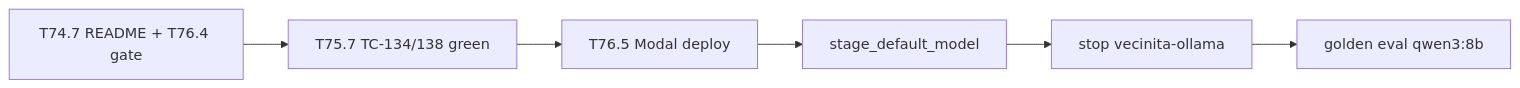
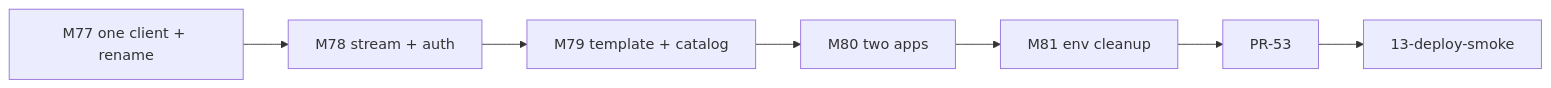
One commit to Math-Data-Justice-Collaborative/vecinita changed the fourth of 4 diagrams in docs/sessions/S010-unify-llm-service/roadmap.md. Above: the diagram before and after it, drawn with Mermaid. The commit also changed other lines of this file and 166 other files, not shown here.

First line of the commit message:
[S010] Eval judge fixes, golden-sweep tooling, and LLM unify follow-on (#144)

````diff
--- a/docs/sessions/S010-unify-llm-service/roadmap.md
+++ b/docs/sessions/S010-unify-llm-service/roadmap.md
@@ -152,11 +125,12 @@
 ```mermaid
 flowchart LR
-  DOCS[T74.7 README + T76.4 gate]
-  VERIFY[T75.7 TC-134/138 green]
-  DEPLOY[T76.5 Modal deploy]
-  STAGE[stage_default_model]
-  DEDEP[stop vecinita-ollama]
-  SMOKE[golden eval qwen3:8b]
+  A[M77 one client + rename]
+  B[M78 stream + auth]
+  C[M79 template + catalog]
+  D[M80 two apps]
+  E[M81 env cleanup]
+  PR[PR-53]
+  SMOKE[13-deploy-smoke]
 
-  DOCS --> VERIFY --> DEPLOY --> STAGE --> DEDEP --> SMOKE
+  A --> B --> C --> D --> E --> PR --> SMOKE
 ```
````
